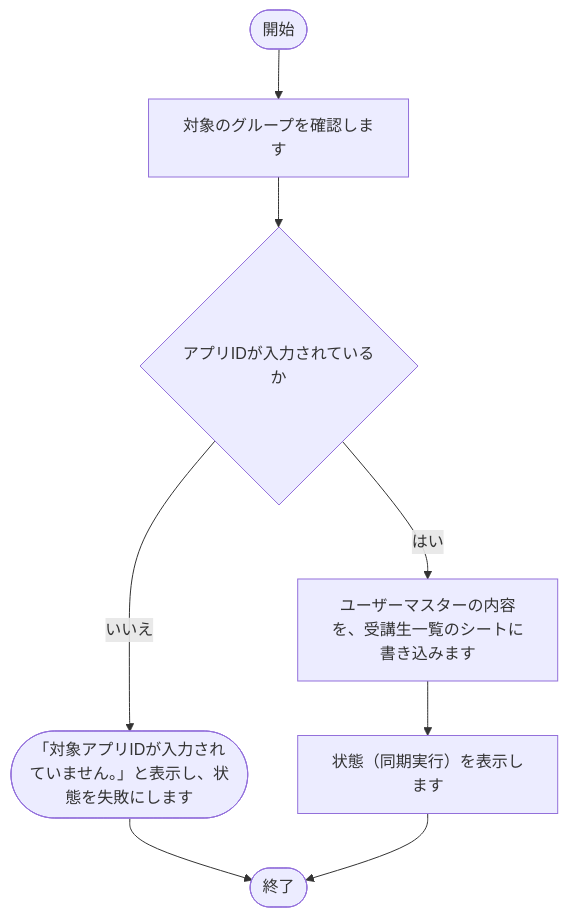
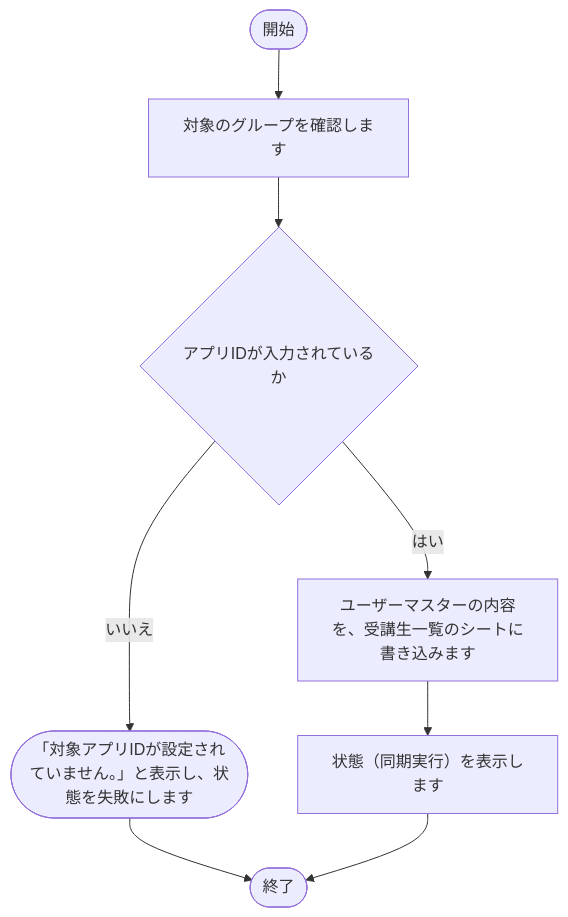
Diagram 22 of 28 in tool/track-aggregator/doc/02_設計/処理フロー.md (nishida2073/project_management), drawn with Mermaid before and after one commit. The commit also changed other lines of this file and 15 other files, not shown here.

````diff
--- a/tool/track-aggregator/doc/02_設計/処理フロー.md
+++ b/tool/track-aggregator/doc/02_設計/処理フロー.md
@@ -579,17 +579,17 @@
 ```mermaid
 flowchart TD
     S(["開始"])
     E(["終了"])
     N1["対象のグループを確認します"]
     S --> N1
     N2{"アプリIDが入力されているか"}
-    X2(["「対象アプリIDが入力されていません。」と表示し、状態を失敗にします"])
+    X2(["「対象アプリIDが設定されていません。」と表示し、状態を失敗にします"])
     X2 --> E
     N2 -- いいえ --> X2
     N1 --> N2
     N3["ユーザーマスターの内容を、受講生一覧のシートに書き込みます"]
     N2 -- はい --> N3
     N4["状態（同期実行）を表示します"]
     N3 --> N4
     N4 --> E
 ```
````
